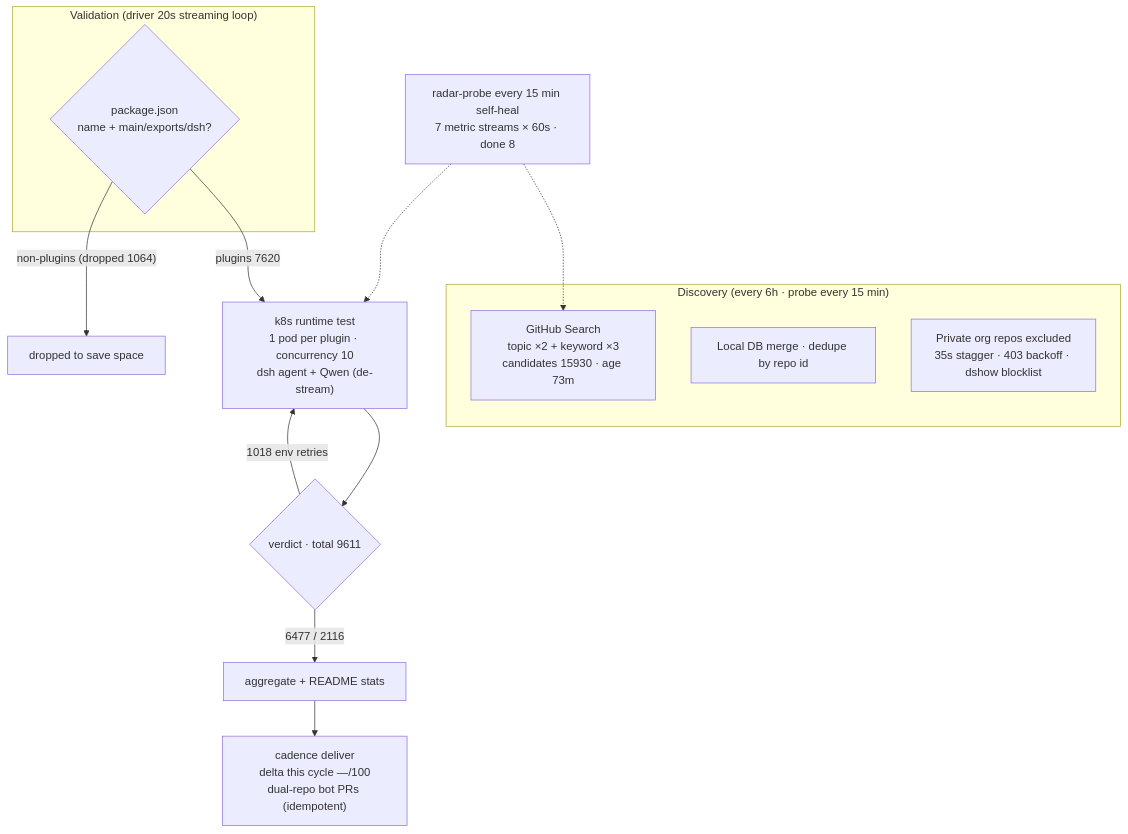
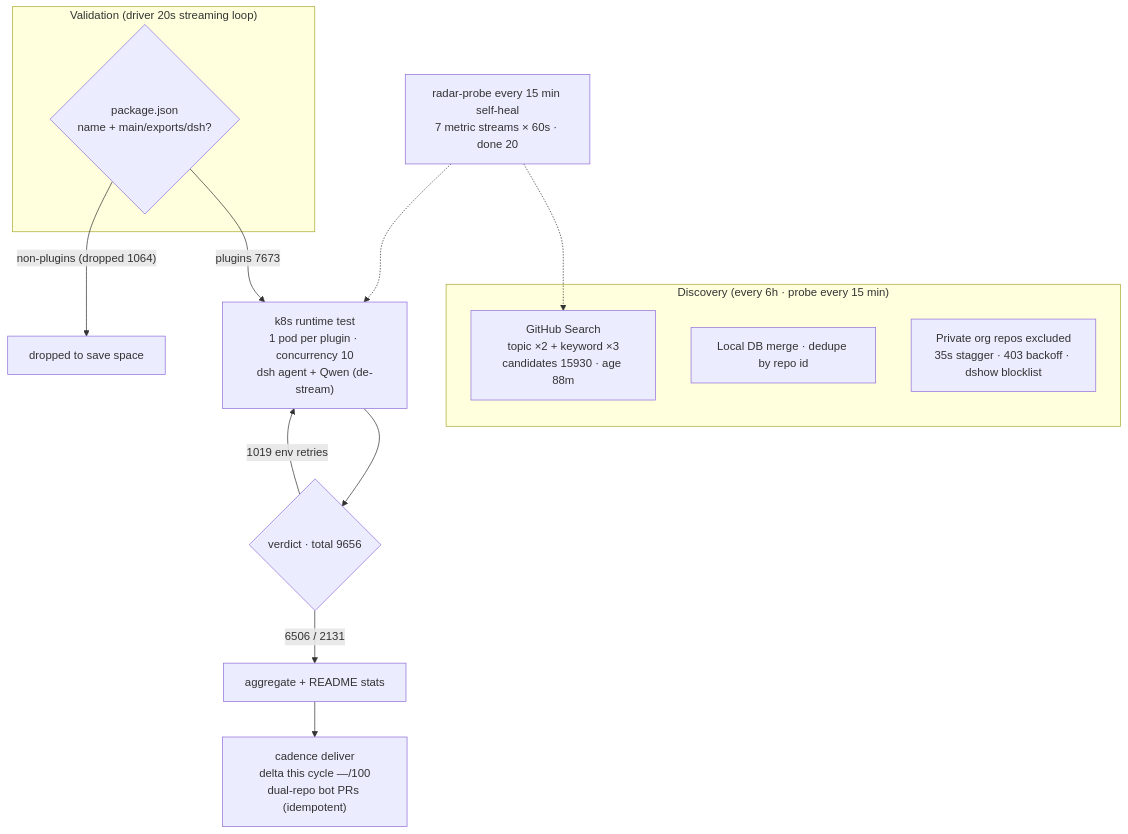
One commit to AdamPlatin123/awesome-dsh-plugins changed the diagram in README.en-US.md. Above: the diagram before and after it, drawn with Mermaid. The commit also changed other lines of this file and 4 other files, not shown here.

````diff
--- a/README.en-US.md
+++ b/README.en-US.md
@@ -30,20 +30,20 @@
 ```mermaid
 flowchart TB
     subgraph Discovery["Discovery (every 6h · probe every 15 min)"]
-        A1["GitHub Search<br/>topic ×2 + keyword ×3<br/>candidates 15930 · age 73m"]
+        A1["GitHub Search<br/>topic ×2 + keyword ×3<br/>candidates 15930 · age 88m"]
         A2["Local DB merge · dedupe by repo id"]
         A3["Private org repos excluded<br/>35s stagger · 403 backoff · dshow blocklist"]
     end
     subgraph Validation["Validation (driver 20s streaming loop)"]
         B1{"package.json<br/>name + main/exports/dsh?"}
     end
-    B1 -->|"plugins 7620"| C1["k8s runtime test<br/>1 pod per plugin · concurrency 10<br/>dsh agent + Qwen (de-stream)"]
+    B1 -->|"plugins 7673"| C1["k8s runtime test<br/>1 pod per plugin · concurrency 10<br/>dsh agent + Qwen (de-stream)"]
     B1 -->|"non-plugins (dropped 1064)"| B3["dropped to save space"]
-    C1 --> D1{"verdict · total 9611"}
-    D1 -->|"6477 / 2116"| E1["aggregate + README stats"]
-    D1 -->|"1018 env retries"| C1
+    C1 --> D1{"verdict · total 9656"}
+    D1 -->|"6506 / 2131"| E1["aggregate + README stats"]
+    D1 -->|"1019 env retries"| C1
     E1 --> E2["cadence deliver<br/>delta this cycle —/100<br/>dual-repo bot PRs (idempotent)"]
-    M["radar-probe every 15 min self-heal<br/>7 metric streams × 60s · done 8"]
+    M["radar-probe every 15 min self-heal<br/>7 metric streams × 60s · done 20"]
     M -.-> A1
     M -.-> C1
 ```
````
